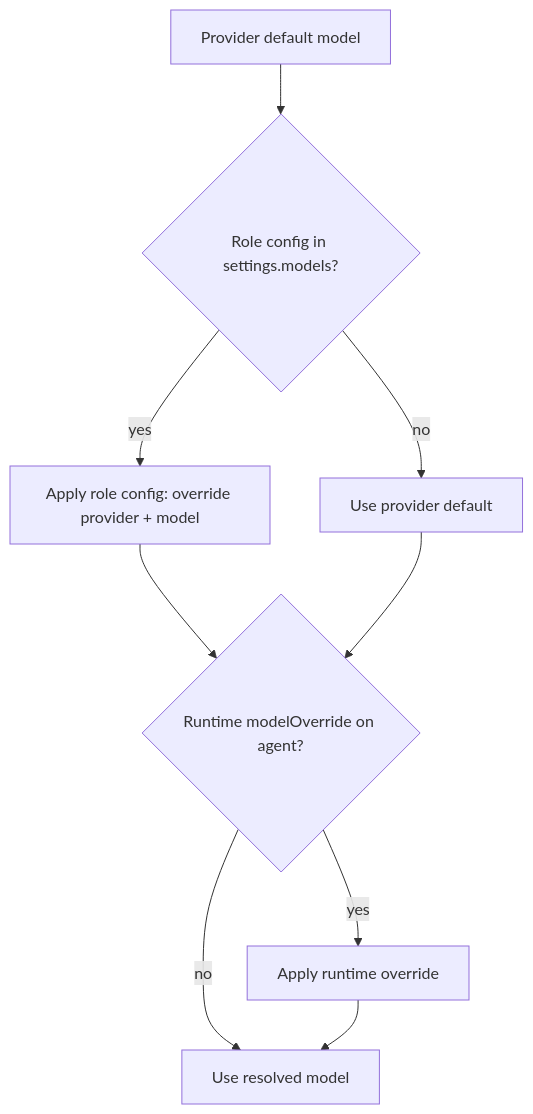
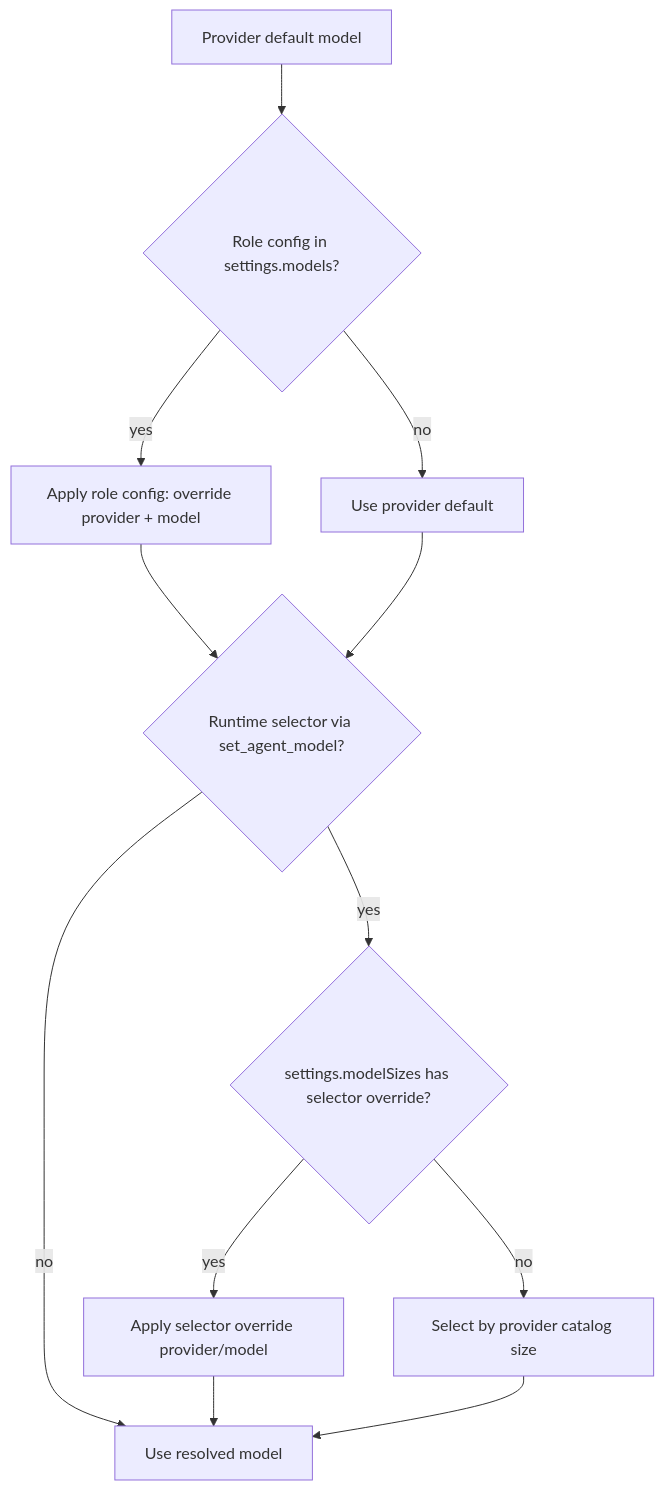
One commit to ex3ndr/daycare changed the first of 2 diagrams in doc/concepts/models.md. Above: the diagram before and after it, drawn with Mermaid. The commit also changed other lines of this file and 74 other files, not shown here.

````diff
--- a/doc/concepts/models.md
+++ b/doc/concepts/models.md
@@ -37,11 +47,14 @@
 ```mermaid
 flowchart TD
     A[Provider default model] --> B{Role config in settings.models?}
     B -- yes --> C[Apply role config: override provider + model]
     B -- no --> D[Use provider default]
-    C --> E{Runtime modelOverride on agent?}
+    C --> E{Runtime selector via set_agent_model?}
     D --> E
-    E -- yes --> F[Apply runtime override]
-    E -- no --> G[Use resolved model]
-    F --> G
+    E -- no --> H[Use resolved model]
+    E -- yes --> F{settings.modelSizes has selector override?}
+    F -- yes --> G[Apply selector override provider/model]
+    F -- no --> I[Select by provider catalog size]
+    G --> H
+    I --> H
 ```
````
